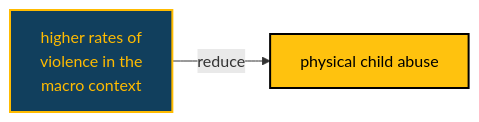
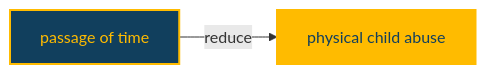
One commit to agrogan1/research changed the diagram in MICSPLUS/diagram.md. Above: the diagram before and after it, drawn with Mermaid.

````diff
--- a/MICSPLUS/diagram.md
+++ b/MICSPLUS/diagram.md
@@ -1,18 +1,20 @@
 ```mermaid
 
 flowchart LR
 
   classDef yellow fill:#FFC20E,stroke:#000000,stroke-width:2px,color:#000000;
   
   classDef cyan fill:#1CABE2,stroke:#000000,stroke-width:2px,color:#FFFFFF;
   
   classDef red fill:#E2231A,stroke:#000000,stroke-width:2px,color:#FFFFFF;
   
   classDef orange fill:#F26A21,stroke:#000000,stroke-width:2px,color:#FFFFFF;
 
   classDef tidal fill:#113f5d,color:#FFBB00,stroke:#FFBB00,stroke-width:2px
+
+  classDef tidal2 fill:#FFBB00,color:#113f5d,stroke:#FFBB00,stroke-width:2px
   
-  macroviolence[higher rates of \nviolence in the \nmacro context]:::tidal --> |"reduce"| pabuse[physical child abuse]:::yellow
+  time[passage of time]:::tidal --> |"reduce"| pabuse[physical child abuse]:::tidal2
 
 
 ```
````
